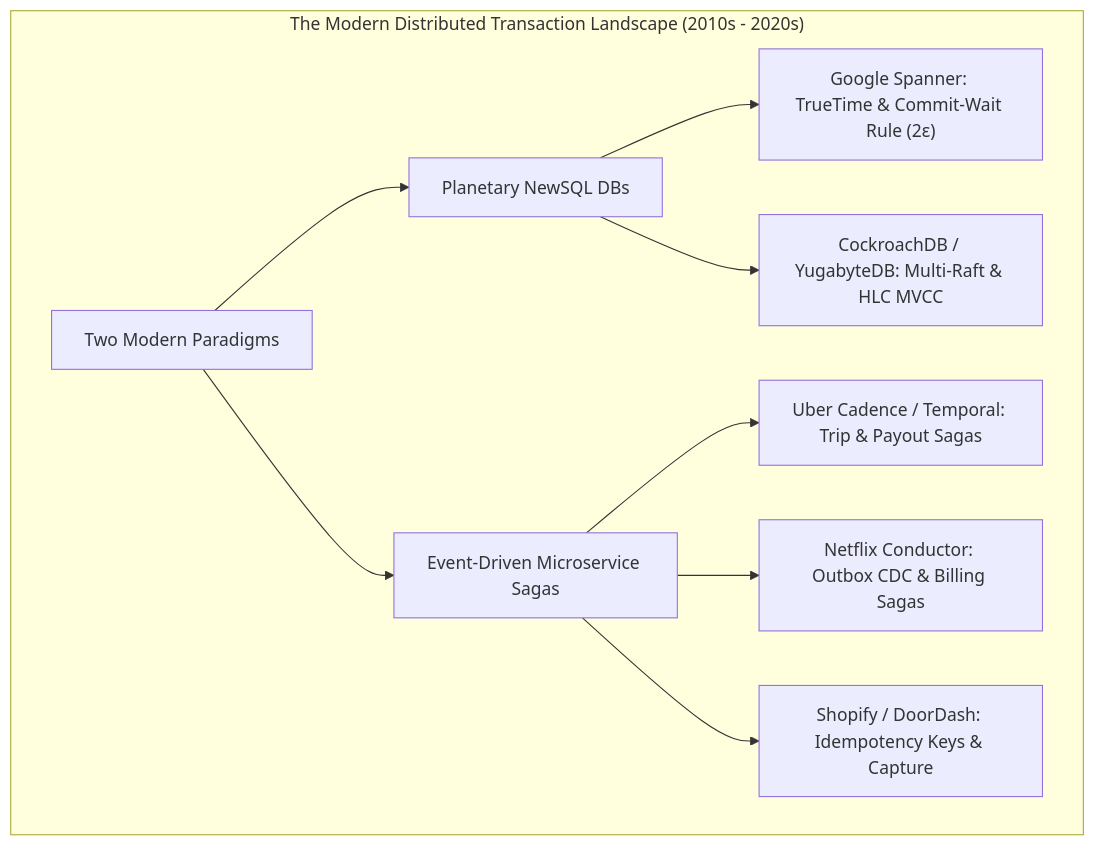
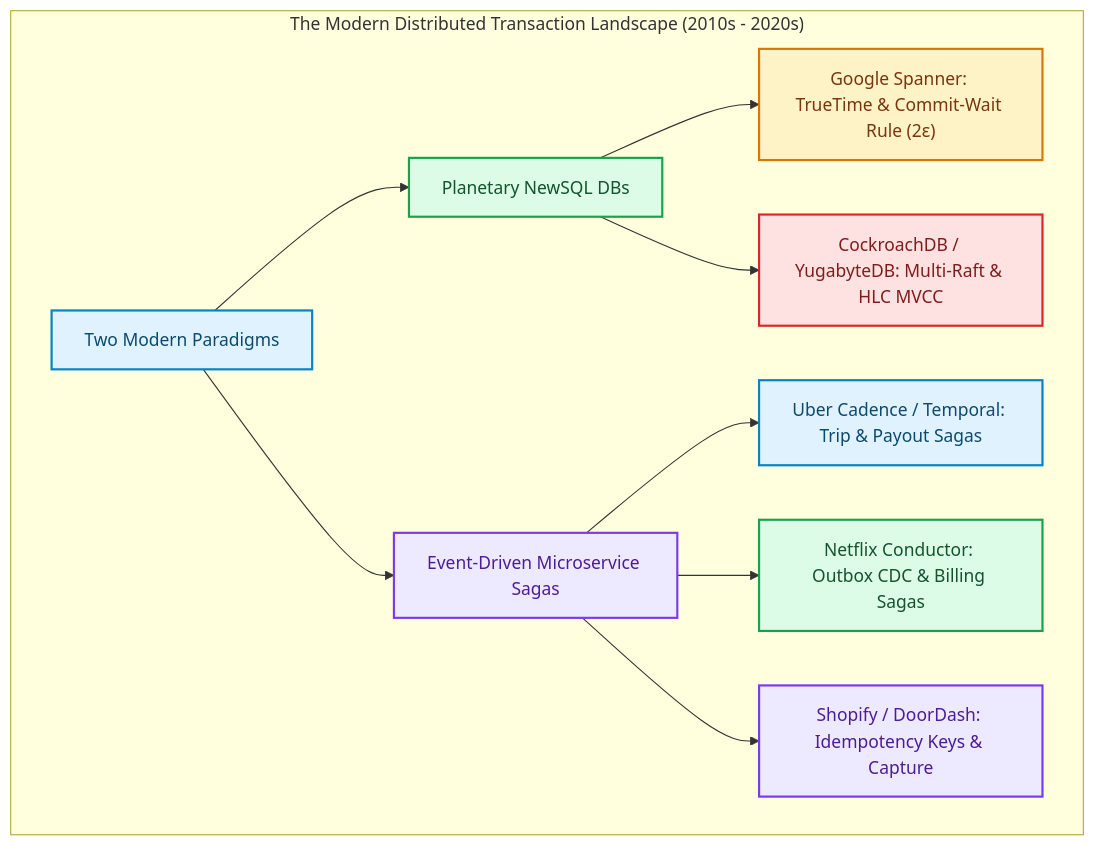
Before and after one commit to akmalkhaniub/akmalkhaniub.github.io: the first of 4 diagrams in blog/posts/distributed-transactions-evolution-present-truetime-multi-raft-sagas-uber-netflix.md, drawn with Mermaid. The commit also changed other lines of this file and 1291 other files, not shown here.

First line of the commit message:
feat(catalog): unique covers, scholarly references, and diagram palettes

````diff
--- a/blog/posts/distributed-transactions-evolution-present-truetime-multi-raft-sagas-uber-netflix.md
+++ b/blog/posts/distributed-transactions-evolution-present-truetime-multi-raft-sagas-uber-netflix.md
@@ -10,14 +10,25 @@
 ```mermaid
 flowchart TD
   subgraph SG1_TheModernDistributed ["The Modern Distributed Transaction Landscape (2010s - 2020s)"]
-    Direction[Two Modern Paradigms] --> NewSQL[Planetary NewSQL DBs]
-    Direction --> MicroSagas[Event-Driven Microservice Sagas]
+    Direction["Two Modern Paradigms"] --> NewSQL["Planetary NewSQL DBs"]
+    Direction --> MicroSagas["Event-Driven Microservice Sagas"]
     
     NewSQL --> Spanner["Google Spanner: TrueTime & Commit-Wait Rule (2ε)"]
     NewSQL --> Cockroach["CockroachDB / YugabyteDB: Multi-Raft & HLC MVCC"]
     
     MicroSagas --> Uber["Uber Cadence / Temporal: Trip & Payout Sagas"]
     MicroSagas --> Netflix["Netflix Conductor: Outbox CDC & Billing Sagas"]
     MicroSagas --> Shopify["Shopify / DoorDash: Idempotency Keys & Capture"]
   end
+
+classDef green fill:#dcfce7,stroke:#16a34a,stroke-width:2px,color:#14532d;
+classDef red fill:#fee2e2,stroke:#dc2626,stroke-width:2px,color:#7f1d1d;
+classDef blue fill:#e0f2fe,stroke:#0284c7,stroke-width:2px,color:#0c4a6e;
+classDef yellow fill:#fef3c7,stroke:#d97706,stroke-width:2px,color:#78350f;
+classDef purple fill:#ede9fe,stroke:#7c3aed,stroke-width:2px,color:#4c1d95;
+class Direction,Uber blue
+class NewSQL,Netflix green
+class MicroSagas,Shopify purple
+class Spanner yellow
+class Cockroach red
 ```
````
